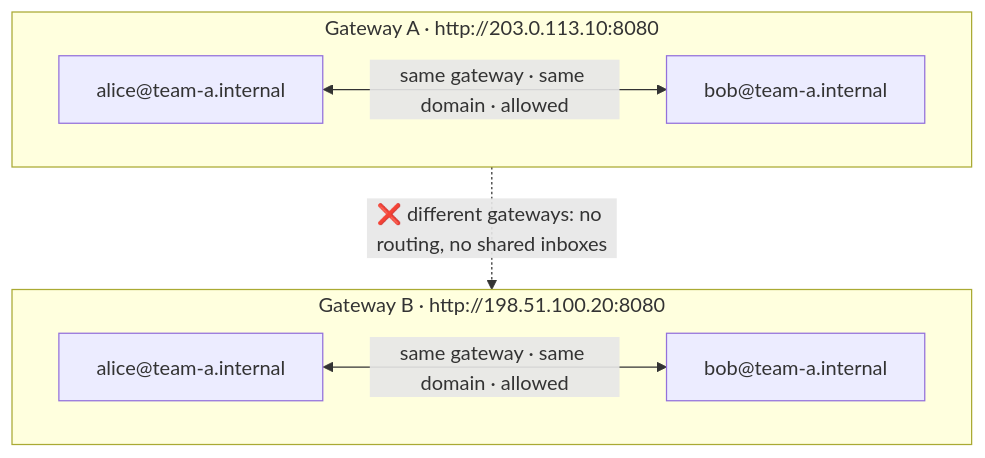
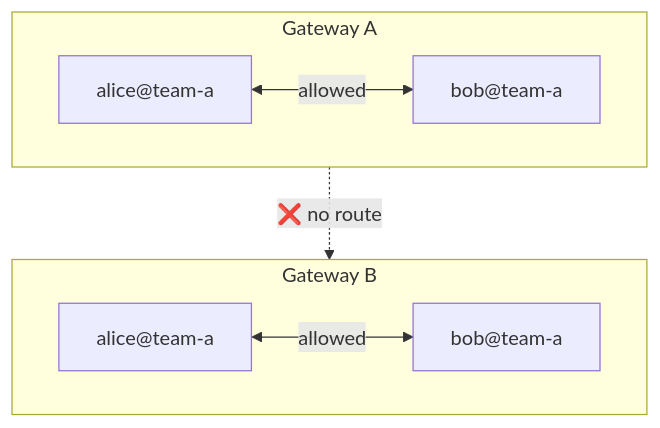
Before and after one commit to TBodyAltra/AgentPost: the third of 3 diagrams in README.en.md, drawn with Mermaid. The commit also changed other lines of this file and 1 other file, not shown here.

First line of the commit message:
docs: streamline README, add roadmap, de-emphasize rate limits

````diff
--- a/README.en.md
+++ b/README.en.md
@@ -92,16 +71,10 @@
 ```mermaid
 flowchart TB
-  subgraph GWA["Gateway A · http://203.0.113.10:8080"]
-    A1["alice@team-a.internal"]
-    A2["bob@team-a.internal"]
-    A1 <-->|same gateway · same domain · allowed| A2
+  subgraph GWA["Gateway A"]
+    A1["alice@team-a"] <-->|allowed| A2["bob@team-a"]
   end
-
-  subgraph GWB["Gateway B · http://198.51.100.20:8080"]
-    B1["alice@team-a.internal"]
-    B2["bob@team-a.internal"]
-    B1 <-->|same gateway · same domain · allowed| B2
+  subgraph GWB["Gateway B"]
+    B1["alice@team-a"] <-->|allowed| B2["bob@team-a"]
   end
-
-  GWA -.->|"❌ different gateways: no routing, no shared inboxes"| GWB
+  GWA -.->|"❌ no route"| GWB
 ```
````
